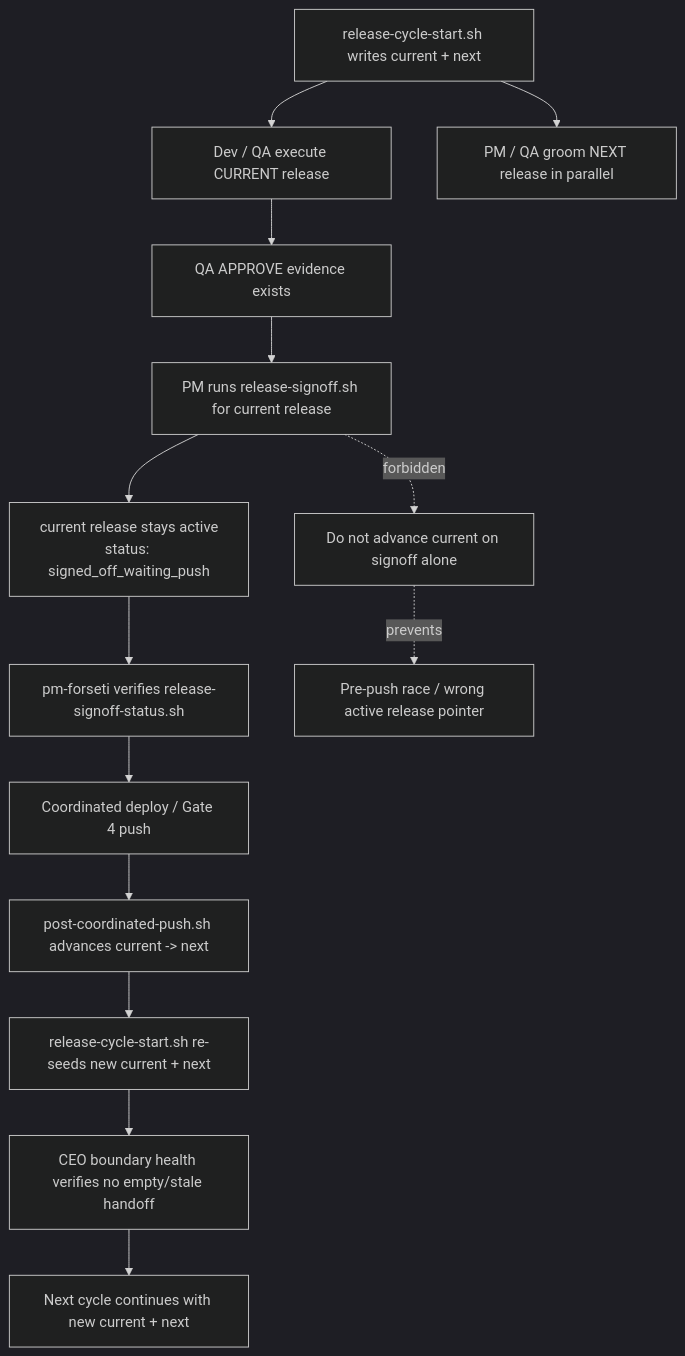
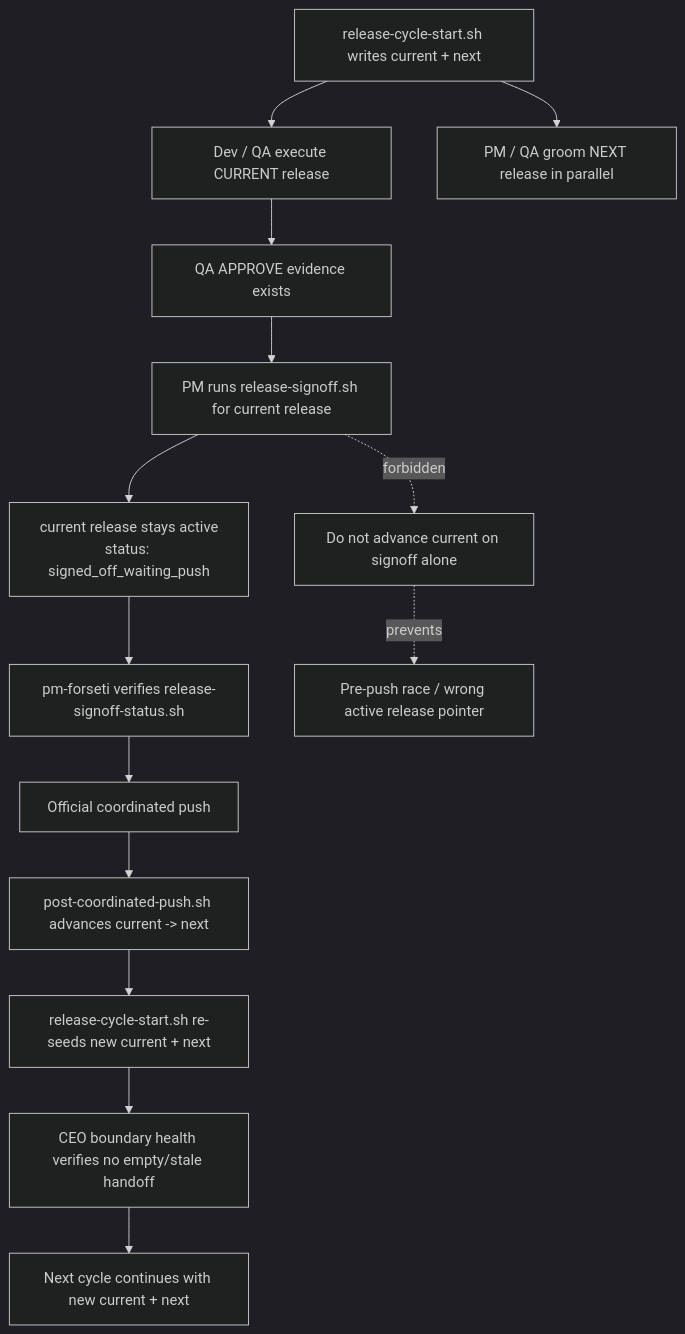
Before and after one commit to Forseti-Life/copilot-hq: the first of 2 diagrams in runbooks/release-cycle-process-flow.md, drawn with Mermaid (dark theme). The commit also changed other lines of this file and 55 other files, not shown here.

````diff
--- a/runbooks/release-cycle-process-flow.md
+++ b/runbooks/release-cycle-process-flow.md
@@ -40,17 +66,17 @@
 ```mermaid
 flowchart TD
   A[release-cycle-start.sh writes current + next] --> B[Dev / QA execute CURRENT release]
   A --> C[PM / QA groom NEXT release in parallel]
   B --> D[QA APPROVE evidence exists]
   D --> E[PM runs release-signoff.sh for current release]
   E --> F[current release stays active<br/>status: signed_off_waiting_push]
   F --> G[pm-forseti verifies release-signoff-status.sh]
-  G --> H[Coordinated deploy / Gate 4 push]
+  G --> H[Official coordinated push]
   H --> I[post-coordinated-push.sh advances current -> next]
   I --> J[release-cycle-start.sh re-seeds new current + next]
   J --> K[CEO boundary health verifies no empty/stale handoff]
   K --> L[Next cycle continues with new current + next]
 
   E -. forbidden .-> X[Do not advance current on signoff alone]
   X -. prevents .-> Y[Pre-push race / wrong active release pointer]
 ```
````
